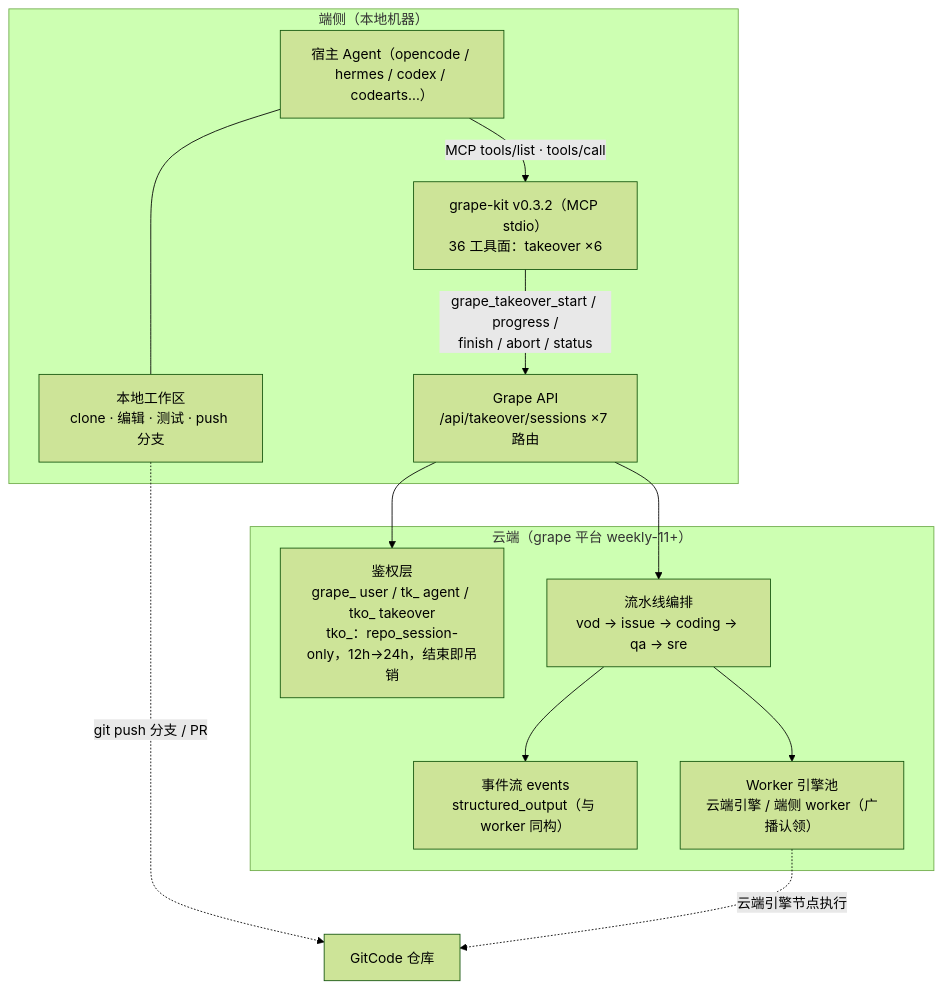
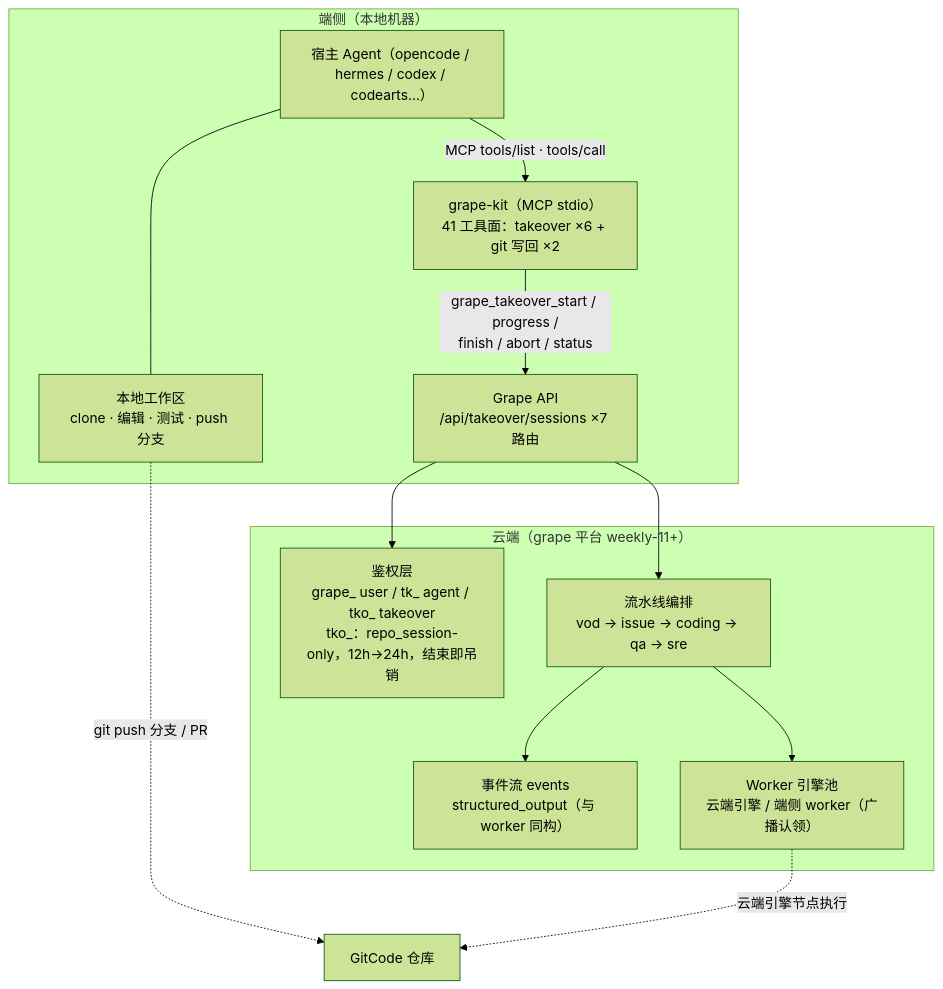
Before and after one commit to grape-dev/grape-kit: the first of 2 diagrams in docs/20261114-takeover-architecture.md, drawn with Mermaid (forest theme). The commit also changed other lines of this file and 14 other files, not shown here.

Commit message:
feat(#31): git 写回受控工具（换券+GIT_ASKPASS）与 coding 交回校验（工具面 39→41）

````diff
--- a/docs/20261114-takeover-architecture.md
+++ b/docs/20261114-takeover-architecture.md
@@ -11,26 +11,26 @@
 ```mermaid
 flowchart TB
     subgraph EDGE["端侧（本地机器）"]
         AG["宿主 Agent（opencode / hermes / codex / codearts…）"]
-        KIT["grape-kit v0.3.2（MCP stdio）<br/>36 工具面：takeover ×6"]
+        KIT["grape-kit（MCP stdio）<br/>41 工具面：takeover ×6 + git 写回 ×2"]
         WS["本地工作区<br/>clone · 编辑 · 测试 · push 分支"]
         AG -->|"MCP tools/list · tools/call"| KIT
         KIT -->|"grape_takeover_start / progress /<br/>finish / abort / status"| GW
         AG --- WS
     end
 
     subgraph CLOUD["云端（grape 平台 weekly-11+）"]
         GW["Grape API<br/>/api/takeover/sessions ×7 路由"]
         AUTH["鉴权层<br/>grape_ user / tk_ agent / tko_ takeover<br/>tko_：repo_session-only，12h→24h，结束即吊销"]
         PIPE["流水线编排<br/>vod → issue → coding → qa → sre"]
         EV["事件流 events<br/>structured_output（与 worker 同构）"]
         POOL["Worker 引擎池<br/>云端引擎 / 端侧 worker（广播认领）"]
         GW --> AUTH
         GW --> PIPE
         PIPE --> EV
         PIPE --> POOL
     end
 
     WS -.->|"git push 分支 / PR"| VCS["GitCode 仓库"]
     POOL -.->|"云端引擎节点执行"| VCS
 ```
````
